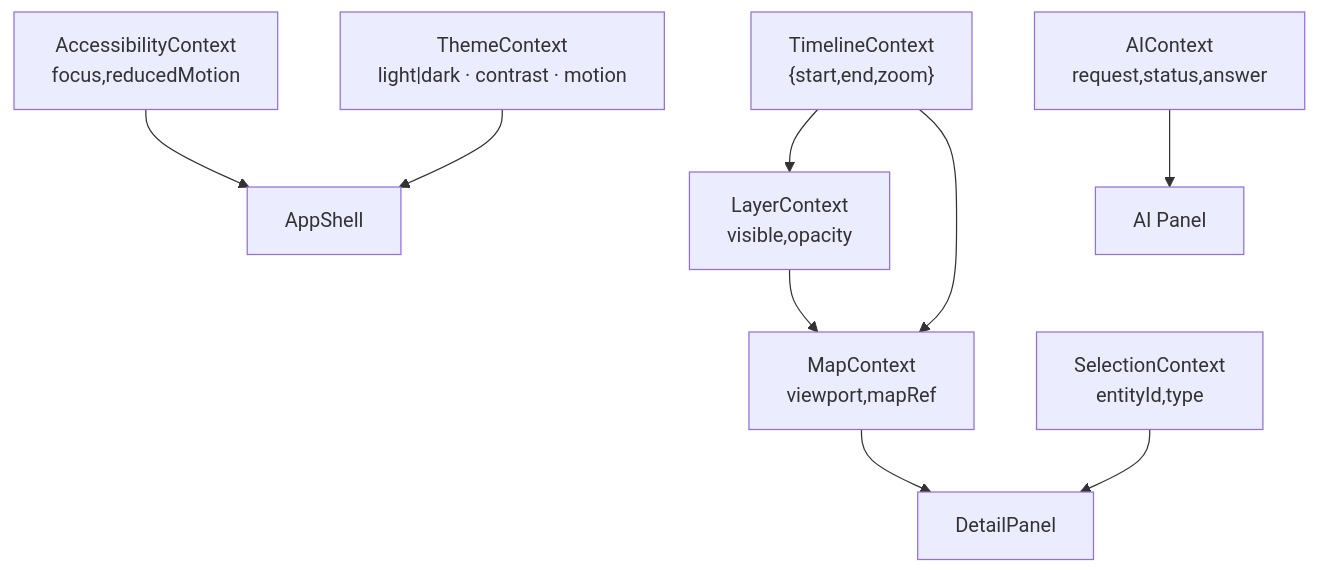
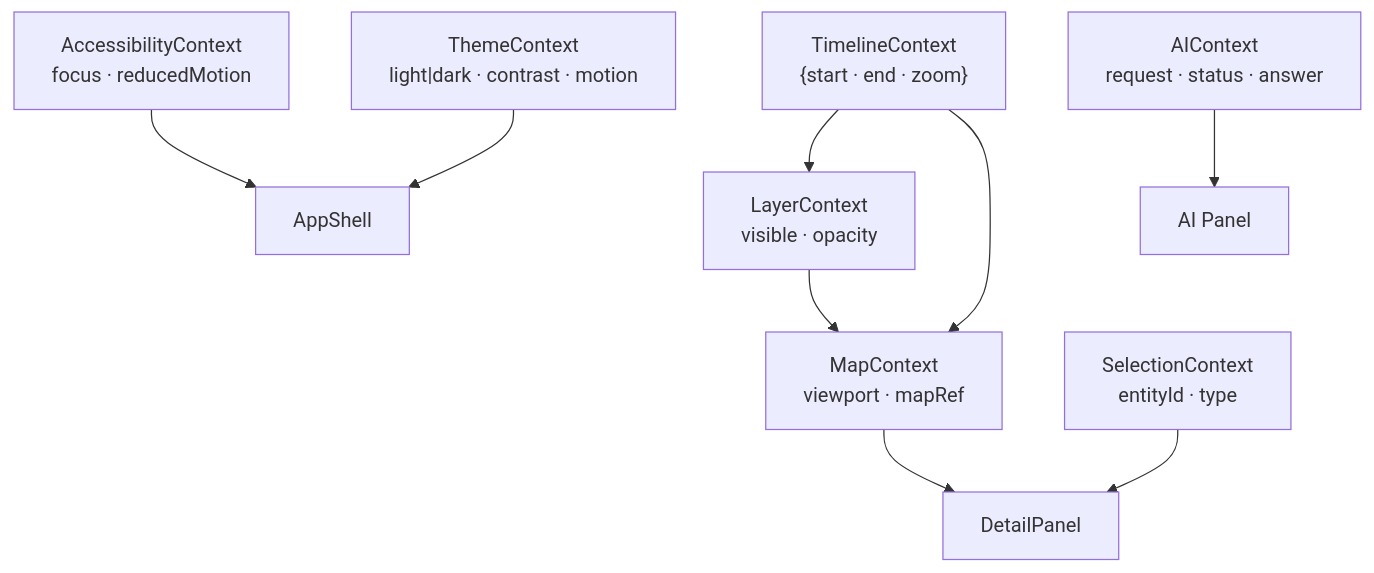
Before and after one commit to bartytime4life/Kansas-Frontier-Matrix: the diagram in web/src/context/README.md, drawn with Mermaid. The commit also changed other lines of this file, not shown here.

````diff
--- a/web/src/context/README.md
+++ b/web/src/context/README.md
@@ -47,12 +155,11 @@
 ```mermaid
 flowchart TD
-  TL["TimelineContext<br/>{start,end,zoom}"] --> MAP["MapContext<br/>viewport,mapRef"]
-  TL --> LYR["LayerContext<br/>visible,opacity"]
-  SEL["SelectionContext<br/>entityId,type"] --> DP["DetailPanel"]
+  TL["TimelineContext<br/>{start · end · zoom}"] --> MAP["MapContext<br/>viewport · mapRef"]
+  TL --> LYR["LayerContext<br/>visible · opacity"]
+  SEL["SelectionContext<br/>entityId · type"] --> DP["DetailPanel"]
   MAP --> DP
   LYR --> MAP
   THEME["ThemeContext<br/>light|dark · contrast · motion"] --> APP["AppShell"]
-  AI["AIContext<br/>request,status,answer"] --> AIP["AI Panel"]
-  ACC["AccessibilityContext<br/>focus,reducedMotion"] --> APP
-%% END OF MERMAID
+  AI["AIContext<br/>request · status · answer"] --> AIP["AI Panel"]
+  ACC["AccessibilityContext<br/>focus · reducedMotion"] --> APP
 ```
````
